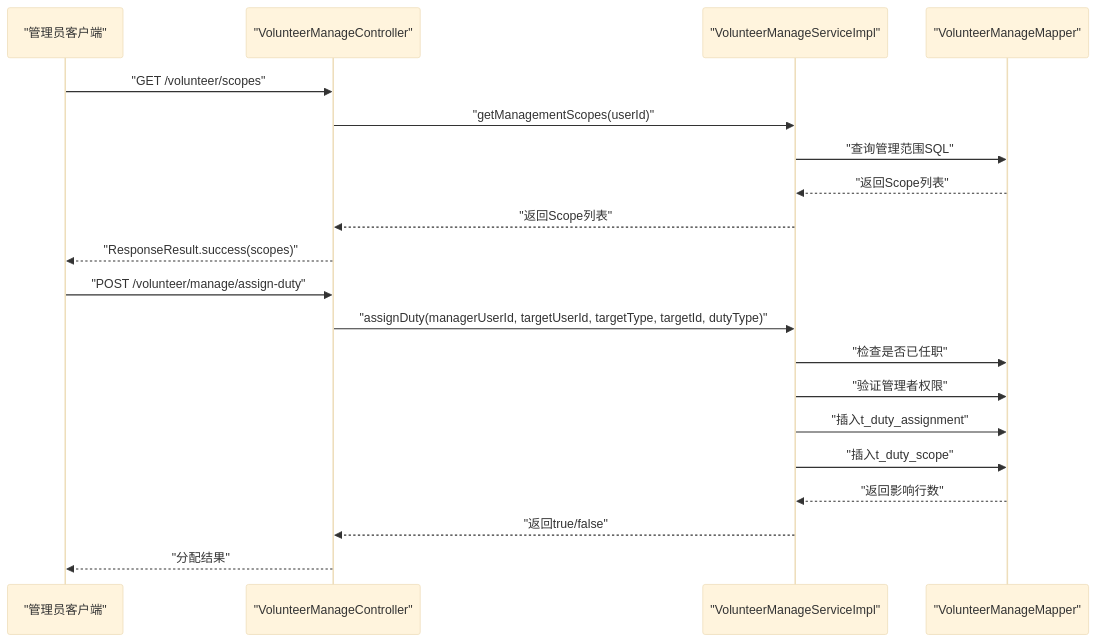
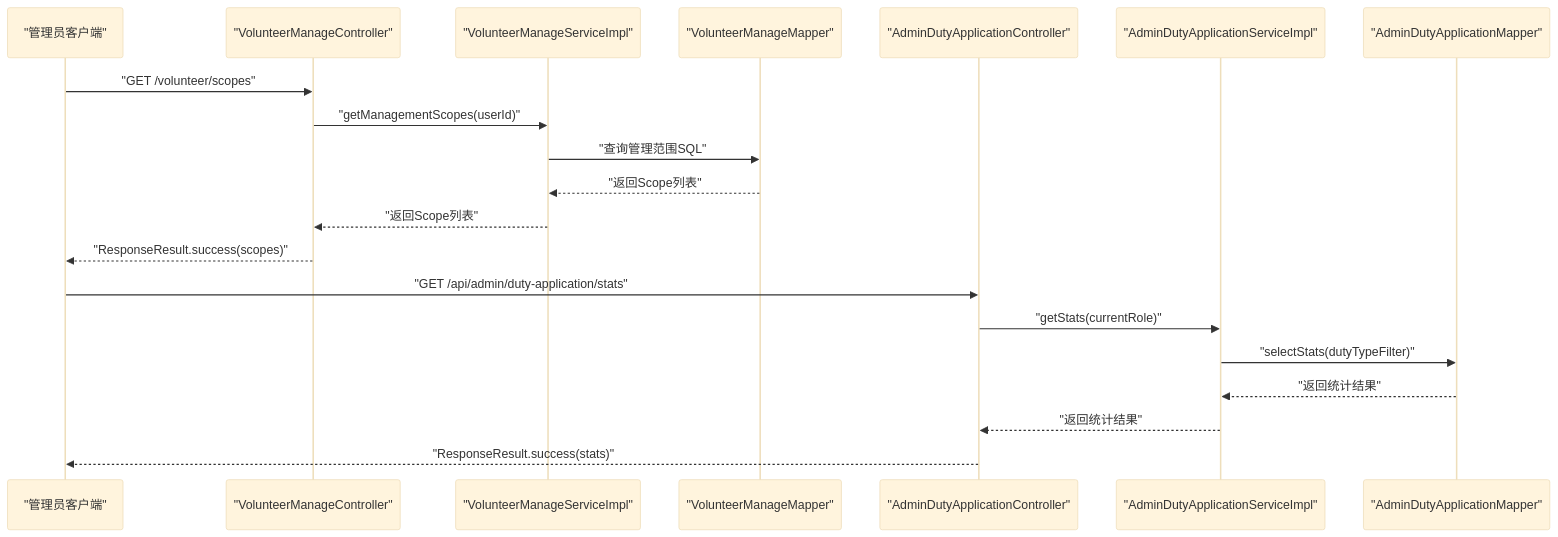
The second of 11 diagrams in .qoder/repowiki/zh/content/志愿者管理模块/志愿者管理后台.md (gaozihaowin/-), drawn with Mermaid (base theme) before and after one commit. The commit also changed other lines of this file and 10 other files, not shown here.

````diff
--- a/.qoder/repowiki/zh/content/志愿者管理模块/志愿者管理后台.md
+++ b/.qoder/repowiki/zh/content/志愿者管理模块/志愿者管理后台.md
@@ -127,22 +183,22 @@
 ```mermaid
 sequenceDiagram
 participant Admin as "管理员客户端"
 participant Ctrl as "VolunteerManageController"
 participant Svc as "VolunteerManageServiceImpl"
 participant Mapper as "VolunteerManageMapper"
 Admin->>Ctrl : "GET /volunteer/scopes"
 Ctrl->>Svc : "getManagementScopes(userId)"
 Svc->>Mapper : "查询管理范围SQL"
 Mapper-->>Svc : "返回Scope列表"
 Svc-->>Ctrl : "返回Scope列表"
 Ctrl-->>Admin : "ResponseResult.success(scopes)"
-Admin->>Ctrl : "POST /volunteer/manage/assign-duty"
-Ctrl->>Svc : "assignDuty(managerUserId, targetUserId, targetType, targetId, dutyType)"
-Svc->>Mapper : "检查是否已任职"
-Svc->>Mapper : "验证管理者权限"
-Svc->>Mapper : "插入t_duty_assignment"
-Svc->>Mapper : "插入t_duty_scope"
-Mapper-->>Svc : "返回影响行数"
-Svc-->>Ctrl : "返回true/false"
-Ctrl-->>Admin : "分配结果"
+participant ADCtrl as "AdminDutyApplicationController"
+participant ADSvc as "AdminDutyApplicationServiceImpl"
+participant ADMapper as "AdminDutyApplicationMapper"
+Admin->>ADCtrl : "GET /api/admin/duty-application/stats"
+ADCtrl->>ADSvc : "getStats(currentRole)"
+ADSvc->>ADMapper : "selectStats(dutyTypeFilter)"
+ADMapper-->>ADSvc : "返回统计结果"
+ADSvc-->>ADCtrl : "返回统计结果"
+ADCtrl-->>Admin : "ResponseResult.success(stats)"
 ```
````
